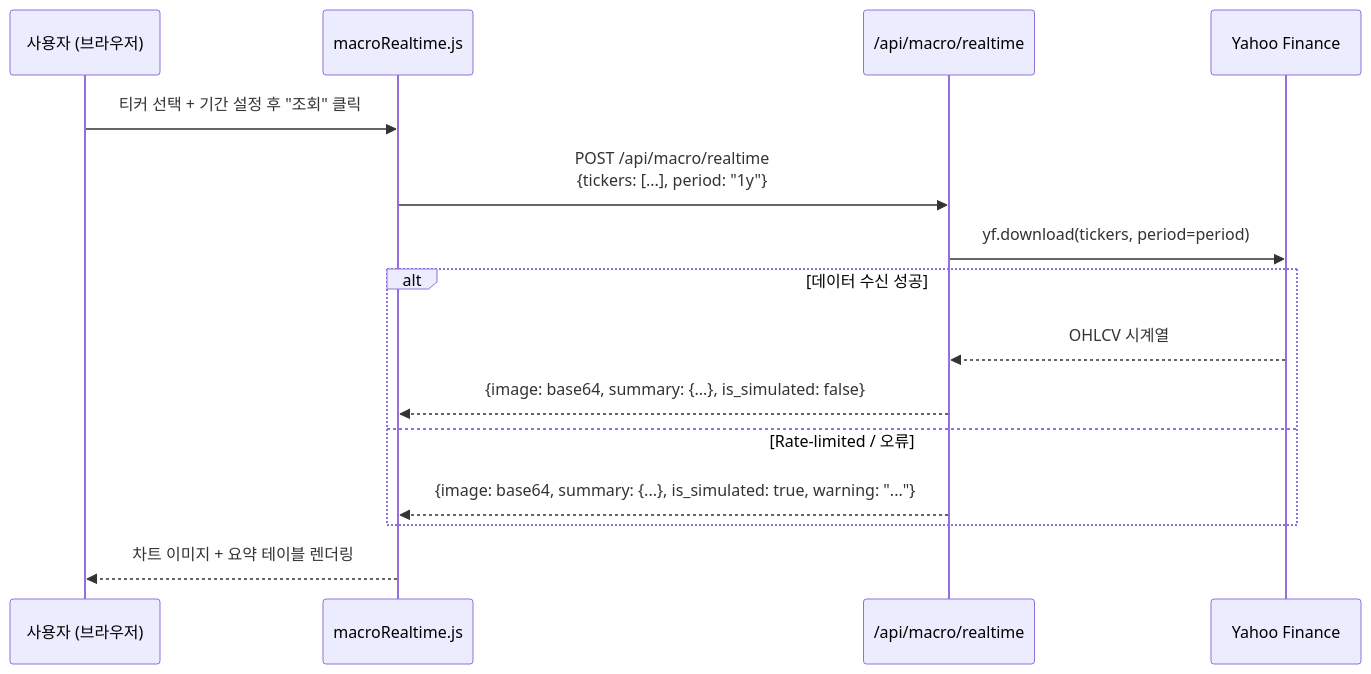
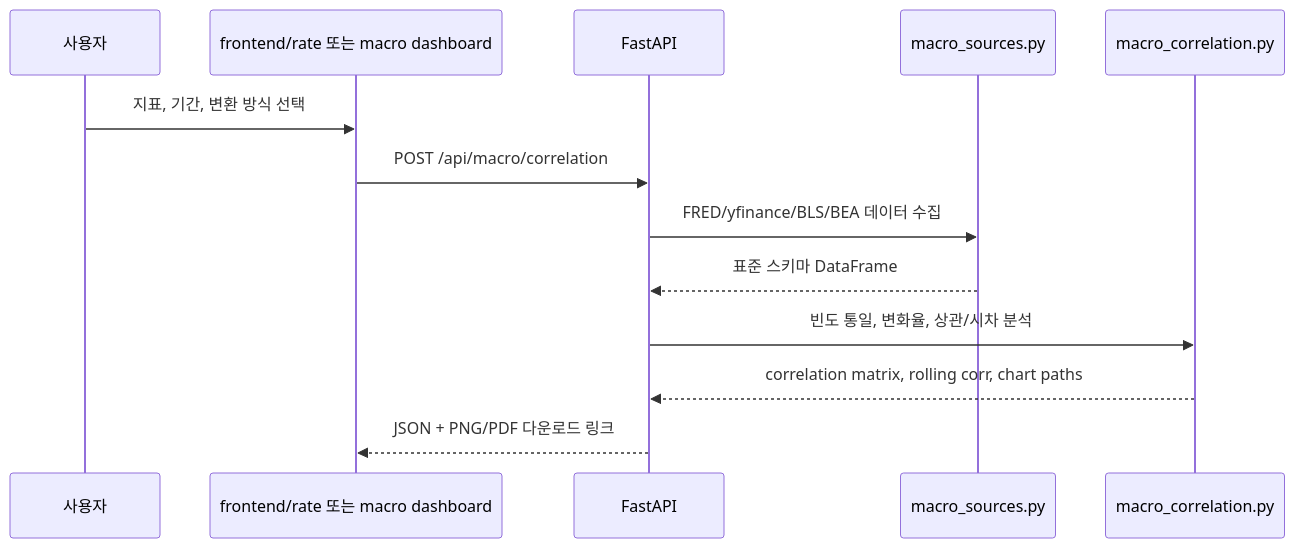
Before and after one commit to edumgt/python-quant: diagram 16 of 16 in docs/28.md, drawn with Mermaid. The commit also changed other lines of this file and 7 other files, not shown here.

````diff
--- a/docs/28.md
+++ b/docs/28.md
@@ -455,18 +835,16 @@
 ```mermaid
 sequenceDiagram
-    participant U as 사용자 (브라우저)
-    participant JS as macroRealtime.js
-    participant API as /api/macro/realtime
-    participant YF as Yahoo Finance
+    participant U as 사용자
+    participant F as frontend/rate 또는 macro dashboard
+    participant A as FastAPI
+    participant S as macro_sources.py
+    participant C as macro_correlation.py
 
-    U->>JS: 티커 선택 + 기간 설정 후 "조회" 클릭
-    JS->>API: POST /api/macro/realtime<br/>{tickers: [...], period: "1y"}
-    API->>YF: yf.download(tickers, period=period)
-    alt 데이터 수신 성공
-        YF-->>API: OHLCV 시계열
-        API-->>JS: {image: base64, summary: {...}, is_simulated: false}
-    else Rate-limited / 오류
-        API-->>JS: {image: base64, summary: {...}, is_simulated: true, warning: "..."}
-    end
-    JS-->>U: 차트 이미지 + 요약 테이블 렌더링
+    U->>F: 지표, 기간, 변환 방식 선택
+    F->>A: POST /api/macro/correlation
+    A->>S: FRED/yfinance/BLS/BEA 데이터 수집
+    S-->>A: 표준 스키마 DataFrame
+    A->>C: 빈도 통일, 변화율, 상관/시차 분석
+    C-->>A: correlation matrix, rolling corr, chart paths
+    A-->>F: JSON + PNG/PDF 다운로드 링크
 ```
````
